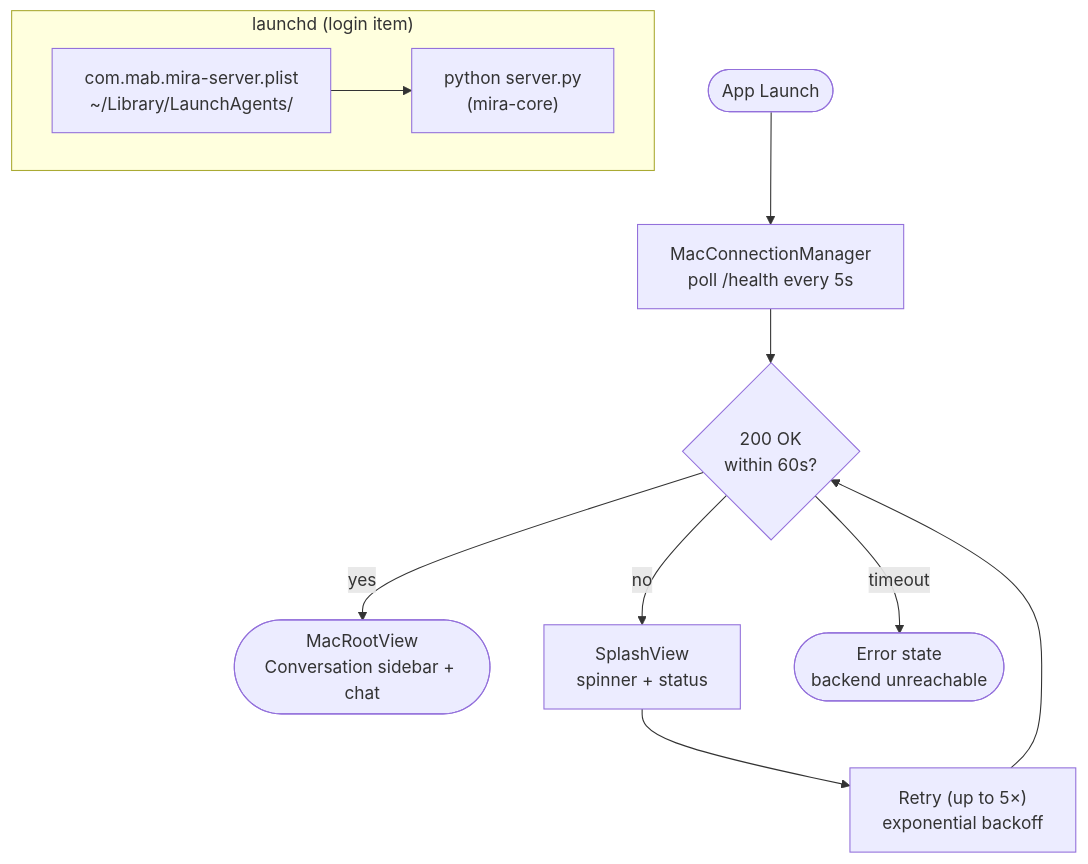
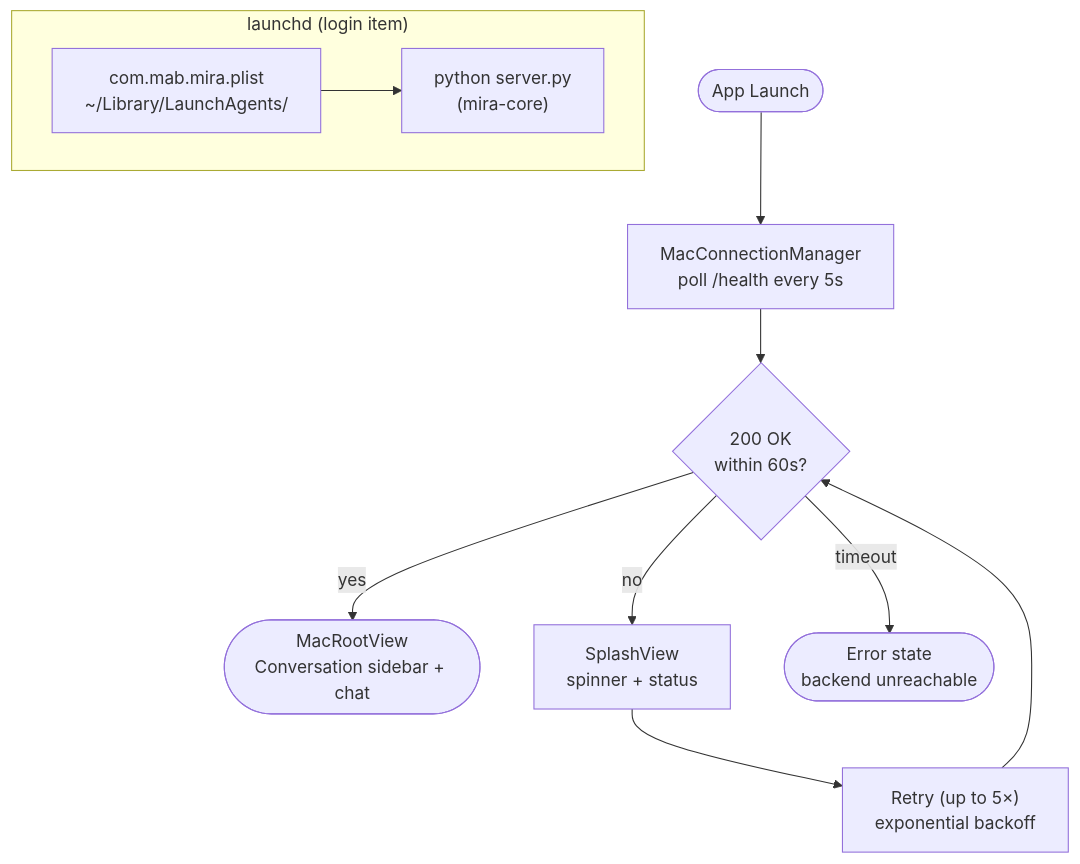
The sixth of 6 diagrams in docs/diagram.md (mabaeyens/mira-core), drawn with Mermaid before and after one commit. The commit also changed other lines of this file and 8 other files, not shown here.

````diff
--- a/docs/diagram.md
+++ b/docs/diagram.md
@@ -179,16 +178,16 @@
 ```mermaid
 flowchart TD
     START([App Launch]) --> LAUNCH["MacConnectionManager\npoll /health every 5s"]
     LAUNCH --> READY{"200 OK\nwithin 60s?"}
     READY -->|yes| ROOT([MacRootView\nConversation sidebar + chat])
     READY -->|no| SPLASH["SplashView\nspinner + status"]
     SPLASH --> RETRY["Retry (up to 5×)\nexponential backoff"]
     RETRY --> READY
     READY -->|timeout| ERROR([Error state\nbackend unreachable])
 
     subgraph launchd["launchd (login item)"]
-        PLIST["com.mab.mira-server.plist\n~/Library/LaunchAgents/"]
+        PLIST["com.mab.mira.plist\n~/Library/LaunchAgents/"]
         PY["python server.py\n(mira-core)"]
         PLIST --> PY
     end
 ```
````
